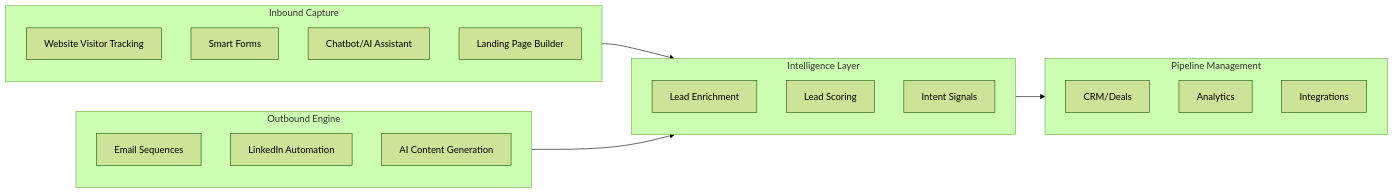
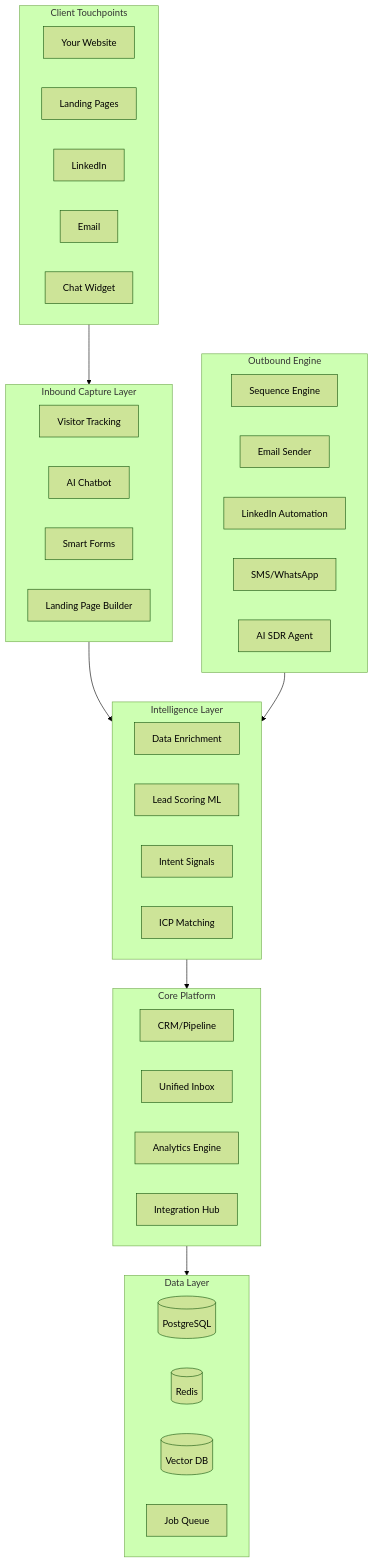
Before and after one commit to Siddharth-DWT/lead_gen: the first of 2 diagrams in enhanced_leadgen_platform_830d82ad.plan.md, drawn with Mermaid (forest theme). The commit also changed other lines of this file, not shown here.

````diff
--- a/enhanced_leadgen_platform_830d82ad.plan.md
+++ b/enhanced_leadgen_platform_830d82ad.plan.md
@@ -119,31 +125,52 @@
 ```mermaid
-flowchart LR
-    subgraph inbound [Inbound Capture]
-        A[Website Visitor Tracking]
-        B[Smart Forms]
-        C[Chatbot/AI Assistant]
-        D[Landing Page Builder]
+flowchart TB
+    subgraph clients [Client Touchpoints]
+        Website[Your Website]
+        LandingPages[Landing Pages]
+        LinkedIn[LinkedIn]
+        EmailClient[Email]
+        Chat[Chat Widget]
     end
-    
+
+    subgraph capture [Inbound Capture Layer]
+        VisitorTrack[Visitor Tracking]
+        Chatbot[AI Chatbot]
+        Forms[Smart Forms]
+        PageBuilder[Landing Page Builder]
+    end
+
     subgraph outbound [Outbound Engine]
-        E[Email Sequences]
-        F[LinkedIn Automation]
-        G[AI Content Generation]
+        Sequences[Sequence Engine]
+        EmailSender[Email Sender]
+        LinkedInAuto[LinkedIn Automation]
+        SMSEngine[SMS/WhatsApp]
+        AISdr[AI SDR Agent]
     end
-    
+
     subgraph intelligence [Intelligence Layer]
-        H[Lead Enrichment]
-        I[Lead Scoring]
-        J[Intent Signals]
+        Enrichment[Data Enrichment]
+        Scoring[Lead Scoring ML]
+        Intent[Intent Signals]
+        ICP[ICP Matching]
     end
-    
-    subgraph pipeline [Pipeline Management]
-        K[CRM/Deals]
-        L[Analytics]
-        M[Integrations]
+
+    subgraph core [Core Platform]
+        CRM[CRM/Pipeline]
+        Inbox[Unified Inbox]
+        Analytics[Analytics Engine]
+        Integrations[Integration Hub]
     end
-    
-    inbound --> intelligence
+
+    subgraph data [Data Layer]
+        Postgres[(PostgreSQL)]
+        Redis[(Redis)]
+        Vector[(Vector DB)]
+        Queue[Job Queue]
+    end
+
+    clients --> capture
+    capture --> intelligence
     outbound --> intelligence
-    intelligence --> pipeline
+    intelligence --> core
+    core --> data
 ```
````
